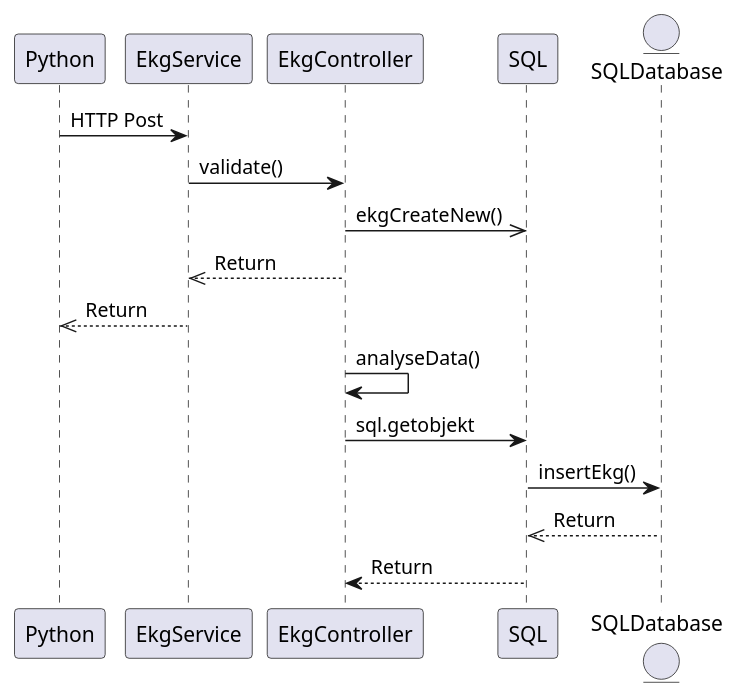
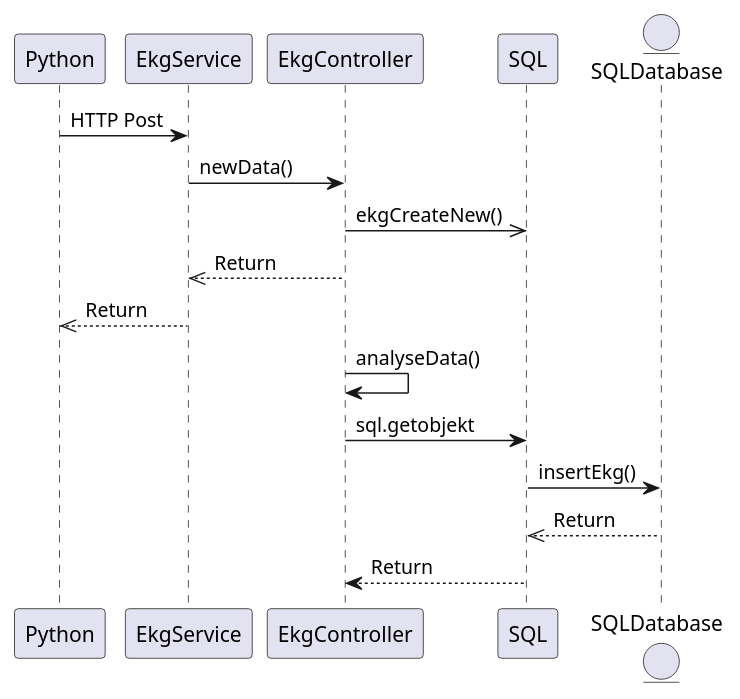
Before and after one commit to BachBerg/SemesterProjekt3: the diagram in src/main/java/resources/sequencediagram.puml, drawn with PlantUML. The commit also changed 7 other files, not shown here.

```diff
--- a/src/main/java/resources/sequencediagram.puml
+++ b/src/main/java/resources/sequencediagram.puml
@@ -1,17 +1,17 @@
 @startuml
 
 Python -> EkgService : HTTP Post
-EkgService -> EkgController : validate()
+EkgService -> EkgController : newData()
 EkgController ->> SQL : ekgCreateNew()
 
 EkgService <<-- EkgController : Return
 Python <<-- EkgService : Return
 
 EkgController -> EkgController : analyseData()
 
 EkgController -> SQL : sql.getobjekt
 entity      SQLDatabase      as sqldb
 SQL -> sqldb  : insertEkg()
 SQL <<-- sqldb : Return
 EkgController <-- SQL : Return
 @enduml
```
